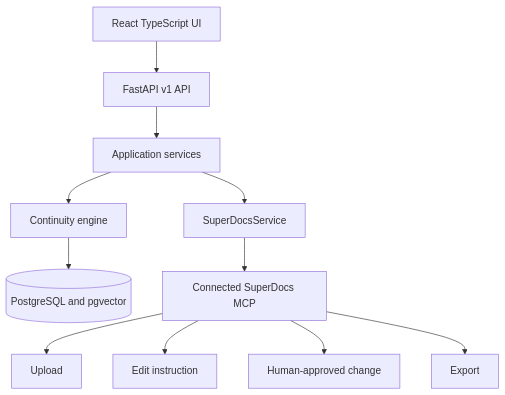
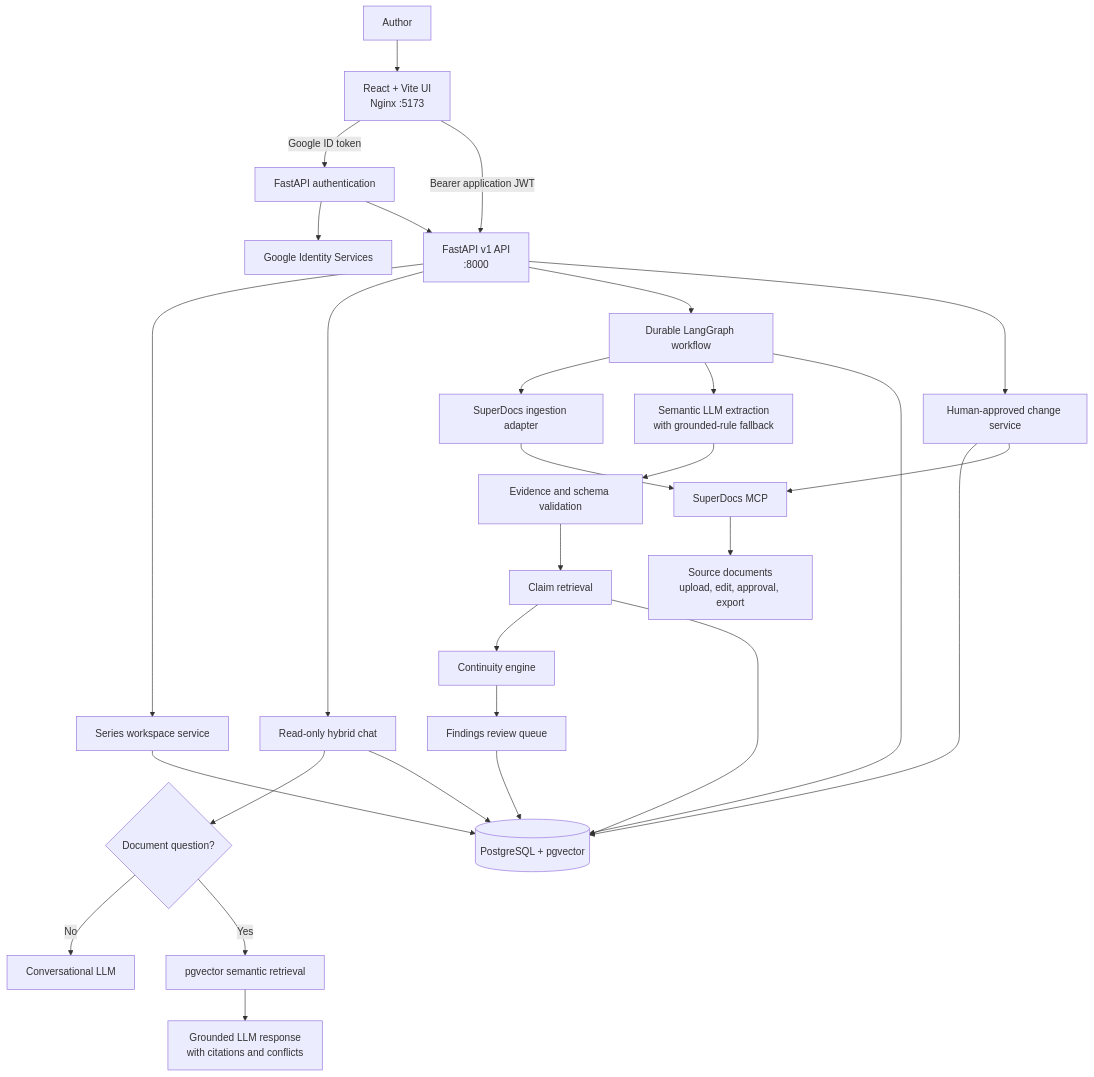
The diagram in use-cases/Maharavan/series-bible-continuity-checker/README.md (Maharavan/superdocs-builds), drawn with Mermaid before and after one commit. The commit also changed other lines of this file, not shown here.

Commit message:
feat: update README with enhanced architecture and workflow details for series bible continuity checker

````diff
--- a/use-cases/Maharavan/series-bible-continuity-checker/README.md
+++ b/use-cases/Maharavan/series-bible-continuity-checker/README.md
@@ -13,13 +13,35 @@
 ```mermaid
 flowchart TD
-    UI[React TypeScript UI] --> API[FastAPI v1 API]
-    API --> APP[Application services]
-    APP --> CONT[Continuity engine]
-    APP --> SD[SuperDocsService]
-    CONT --> DB[(PostgreSQL and pgvector)]
-    SD --> MCP[Connected SuperDocs MCP]
-    MCP --> UP[Upload]
-    MCP --> ED[Edit instruction]
-    MCP --> AP[Human-approved change]
-    MCP --> EX[Export]
+     Author[Author] --> Web[React + Vite UI<br/>Nginx :5173]
+     Web -->|Google ID token| Auth[FastAPI authentication]
+     Web -->|Bearer application JWT| API[FastAPI v1 API<br/>:8000]
+     Auth --> Google[Google Identity Services]
+     Auth --> API
+
+     API --> Series[Series workspace service]
+     API --> Chat[Read-only hybrid chat]
+     API --> Workflow[Durable LangGraph workflow]
+     API --> Changes[Human-approved change service]
+
+     Workflow --> Import[SuperDocs ingestion adapter]
+     Import --> MCP[SuperDocs MCP]
+     MCP --> Documents[Source documents<br/>upload, edit, approval, export]
+     Workflow --> Extract[Semantic LLM extraction<br/>with grounded-rule fallback]
+     Extract --> Validate[Evidence and schema validation]
+     Validate --> Retrieve[Claim retrieval]
+     Retrieve --> Compare[Continuity engine]
+     Compare --> Review[Findings review queue]
+
+     Chat --> Route{Document question?}
+     Route -->|No| General[Conversational LLM]
+     Route -->|Yes| RAG[pgvector semantic retrieval]
+     RAG --> Grounded[Grounded LLM response<br/>with citations and conflicts]
+
+     Series --> Store[(PostgreSQL + pgvector)]
+     Workflow --> Store
+     Retrieve --> Store
+     Review --> Store
+     Chat --> Store
+     Changes --> Store
+     Changes --> MCP
 ```
````
